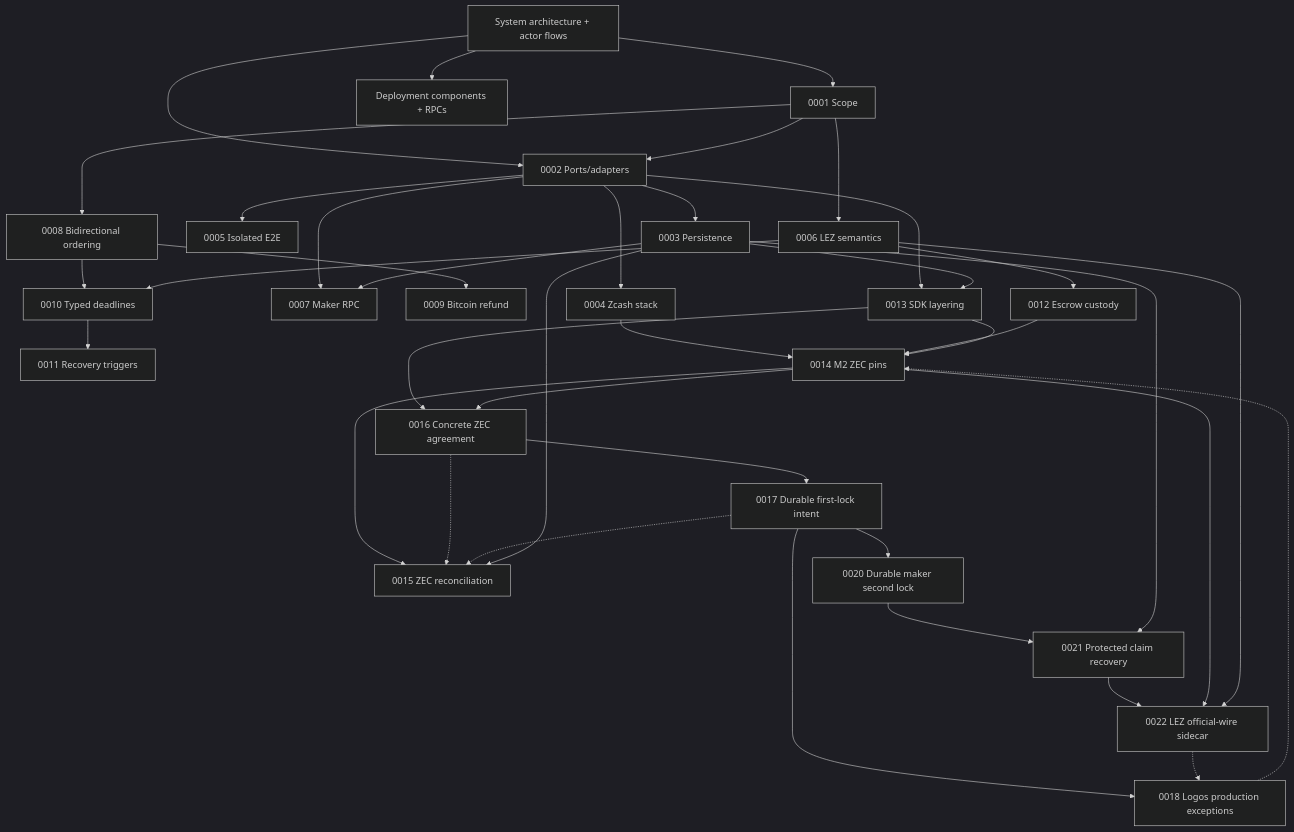
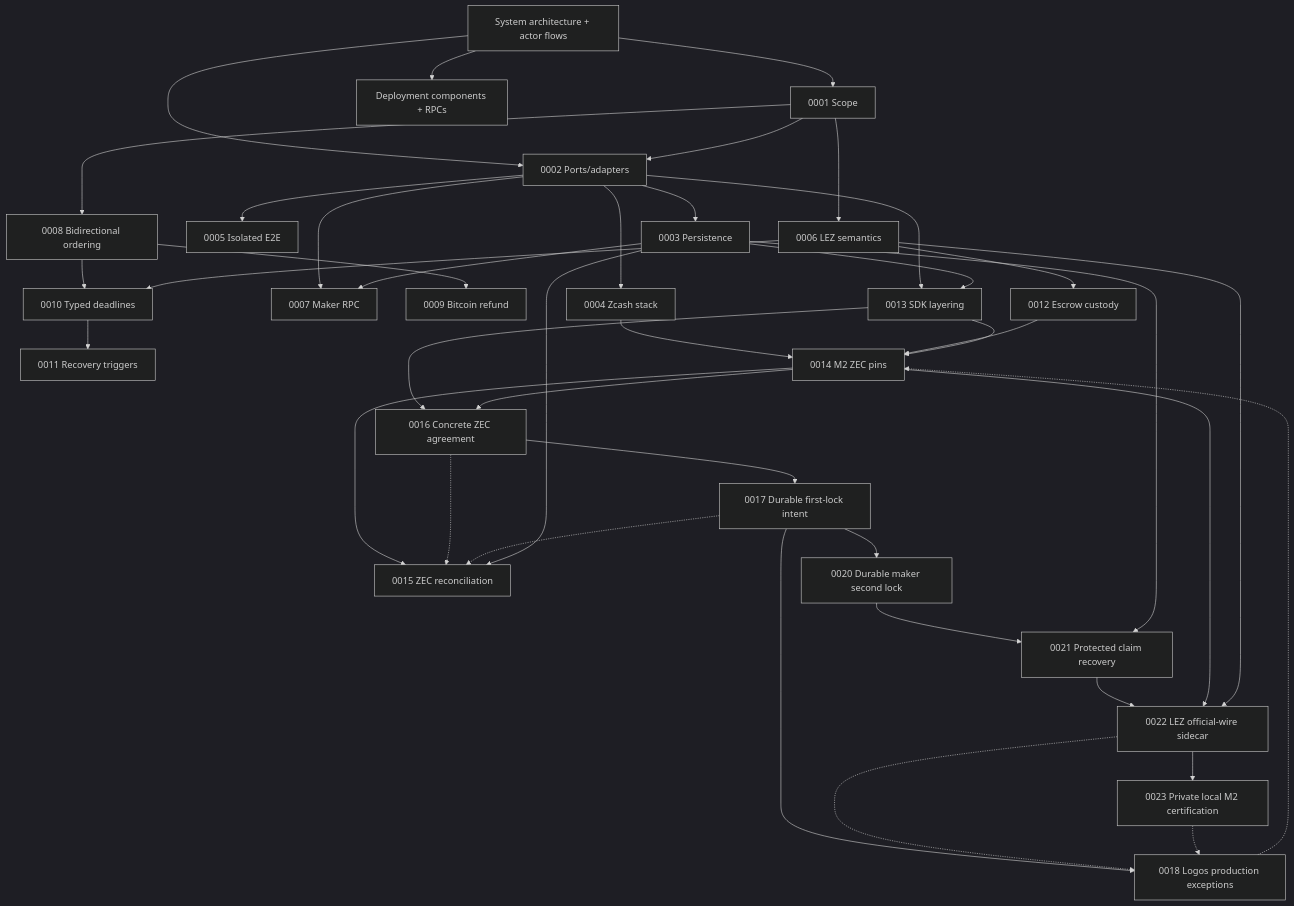
The diagram in docs/architecture/README.md (gateway-fm/lez-atomic-swaps), drawn with Mermaid (dark theme) before and after one commit. The commit also changed other lines of this file and 20 other files, not shown here.

````diff
--- a/docs/architecture/README.md
+++ b/docs/architecture/README.md
@@ -25,40 +25,42 @@
 ```mermaid
 flowchart TB
     System["System architecture + actor flows"] --> Scope["0001 Scope"]
     System --> Deployment["Deployment components + RPCs"]
     System --> Ports["0002 Ports/adapters"]
     Scope --> Ports
     Ports --> Persistence["0003 Persistence"]
     Ports --> Zcash["0004 Zcash stack"]
     Ports --> Docker["0005 Isolated E2E"]
     Scope --> LEZ["0006 LEZ semantics"]
     Ports --> RPC["0007 Maker RPC"]
     Scope --> Direction["0008 Bidirectional ordering"]
     Direction --> Bitcoin["0009 Bitcoin refund"]
     Direction --> Deadlines["0010 Typed deadlines"]
     LEZ --> Deadlines
     Deadlines --> Recovery["0011 Recovery triggers"]
     LEZ --> Custody["0012 Escrow custody"]
     Ports --> SDK["0013 SDK layering"]
     Zcash --> ZecPins["0014 M2 ZEC pins"]
     Custody --> ZecPins
     SDK --> ZecPins
     ZecPins --> ZecReconcile["0015 ZEC reconciliation"]
     SDK --> Agreement["0016 Concrete ZEC agreement"]
     Agreement --> FirstLock["0017 Durable first-lock intent"]
     FirstLock --> MakerLock["0020 Durable maker second lock"]
     MakerLock --> ClaimRecovery["0021 Protected claim recovery"]
     ClaimRecovery --> LezSidecar["0022 LEZ official-wire sidecar"]
+    LezSidecar --> LocalM2["0023 Private local M2 certification"]
     ZecPins --> LezSidecar
     LEZ --> LezSidecar
     ZecPins --> Agreement
     Agreement -.-> ZecReconcile
     FirstLock -.-> ZecReconcile
     FirstLock --> Upstream["0018 Logos production exceptions"]
     Upstream -.-> ZecPins
     Persistence --> ZecReconcile
     Persistence --> SDK
     Persistence --> RPC
     Persistence --> ClaimRecovery
     LezSidecar -.-> Upstream
+    LocalM2 -.-> Upstream
 ```
````
